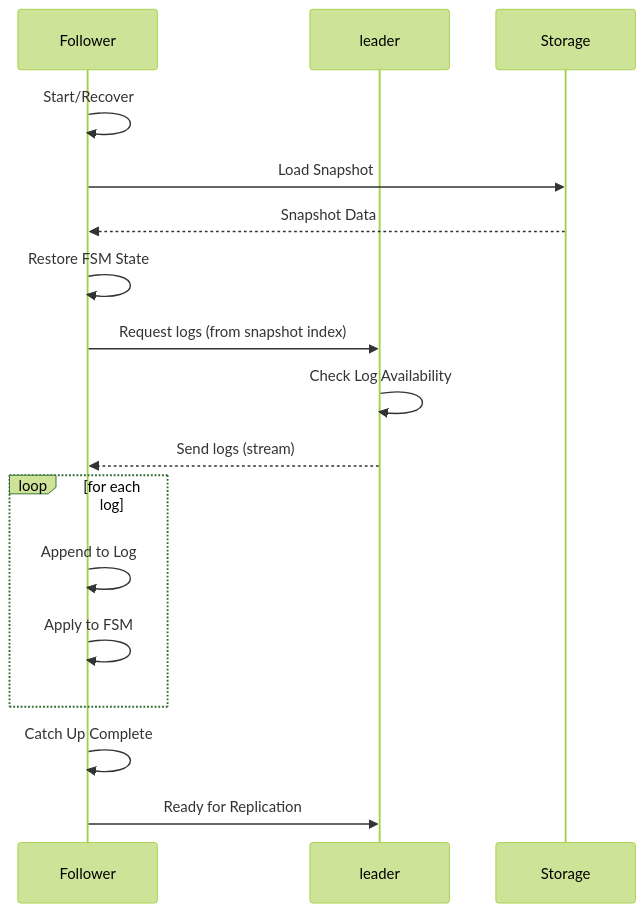
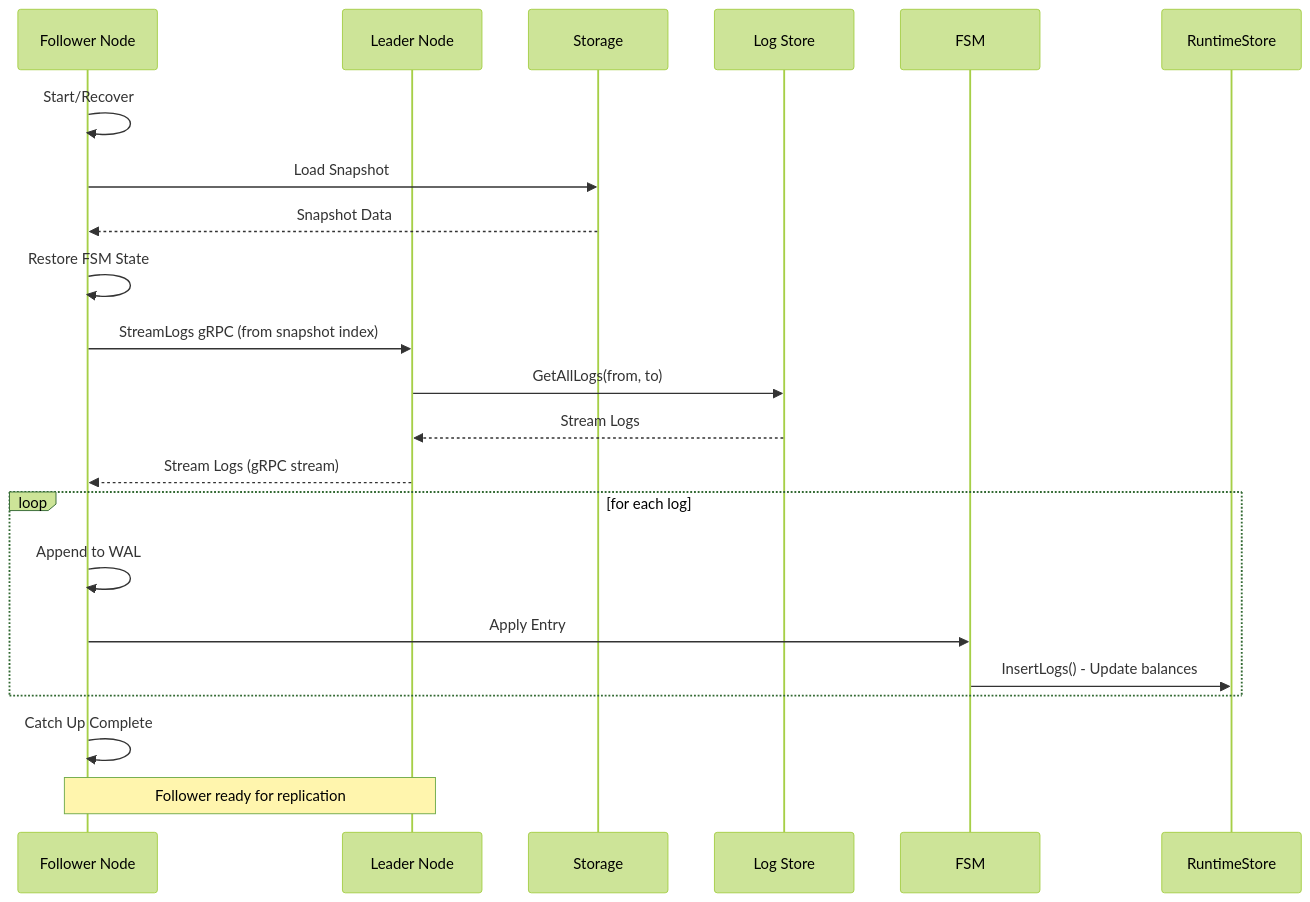
Before and after one commit to formancehq/ledger: the fourth of 7 diagrams in docs/data-flows.md, drawn with Mermaid (forest theme). The commit also changed other lines of this file and 11 other files, not shown here.

````diff
--- a/docs/data-flows.md
+++ b/docs/data-flows.md
@@ -217,23 +218,26 @@
 ```mermaid
 sequenceDiagram
-    participant Follower
-    participant leader
-    participant Storage
+    participant Follower as Follower Node
+    participant Leader as Leader Node
+    participant Storage as Storage
+    participant LogStore as Log Store
     
     Follower->>Follower: Start/Recover
     Follower->>Storage: Load Snapshot
     Storage-->>Follower: Snapshot Data
     Follower->>Follower: Restore FSM State
     
-    Follower->>leader: Request logs (from snapshot index)
-    leader->>leader: Check Log Availability
-    leader-->>Follower: Send logs (stream)
+    Follower->>Leader: StreamLogs gRPC (from snapshot index)
+    Leader->>LogStore: GetAllLogs(from, to)
+    LogStore-->>Leader: Stream Logs
+    Leader-->>Follower: Stream Logs (gRPC stream)
     
     loop for each log
-        Follower->>Follower: Append to Log
-        Follower->>Follower: Apply to FSM
+        Follower->>Follower: Append to WAL
+        Follower->>FSM: Apply Entry
+        FSM->>RuntimeStore: InsertLogs() - Update balances
     end
     
     Follower->>Follower: Catch Up Complete
-    Follower->>leader: Ready for Replication
+    Note over Follower,Leader: Follower ready for replication
 ```
````
